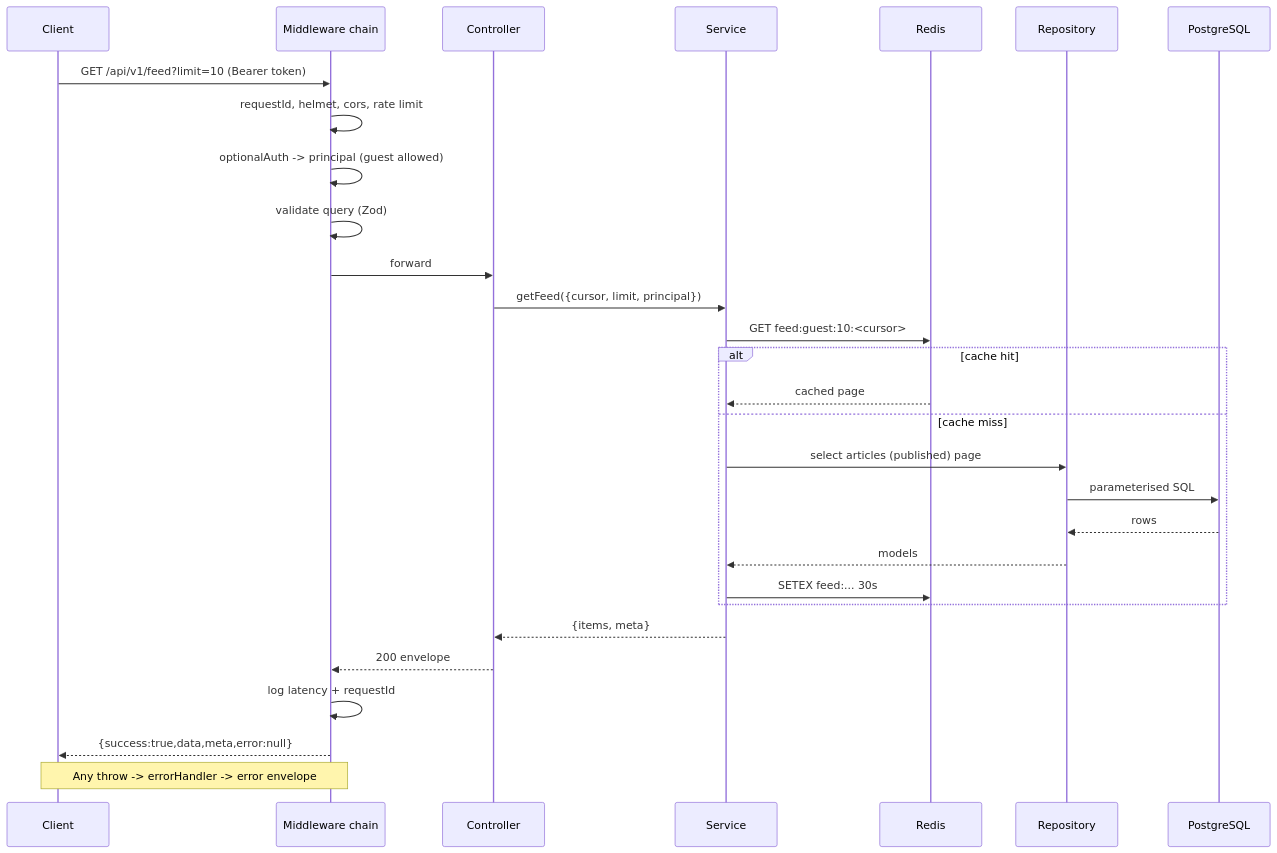
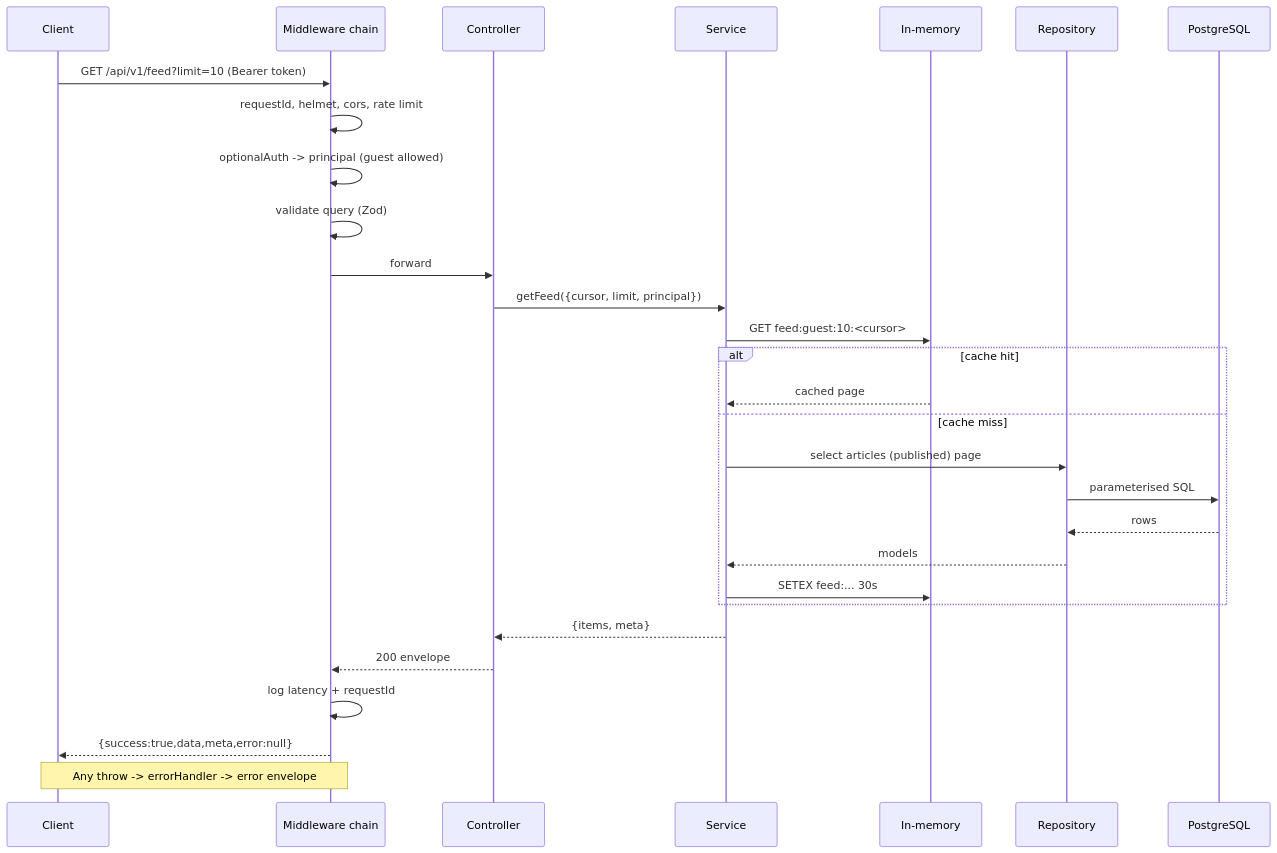
One commit to jeerupraveen04/Newswatchrequirement changed the third of 9 diagrams in docs/architecture/03-backend-architecture.md. Above: the diagram before and after it, drawn with Mermaid. The commit also changed other lines of this file and 64 other files, not shown here.

````diff
--- a/docs/architecture/03-backend-architecture.md
+++ b/docs/architecture/03-backend-architecture.md
@@ -283,31 +283,31 @@
 ```mermaid
 sequenceDiagram
   participant C as Client
   participant MW as Middleware chain
   participant Ctrl as Controller
   participant Svc as Service
-  participant Cache as Redis
+  participant Cache as In-memory
   participant Repo as Repository
   participant DB as PostgreSQL
   C->>MW: GET /api/v1/feed?limit=10 (Bearer token)
   MW->>MW: requestId, helmet, cors, rate limit
   MW->>MW: optionalAuth -> principal (guest allowed)
   MW->>MW: validate query (Zod)
   MW->>Ctrl: forward
   Ctrl->>Svc: getFeed({cursor, limit, principal})
   Svc->>Cache: GET feed:guest:10:<cursor>
   alt cache hit
     Cache-->>Svc: cached page
   else cache miss
     Svc->>Repo: select articles (published) page
     Repo->>DB: parameterised SQL
     DB-->>Repo: rows
     Repo-->>Svc: models
     Svc->>Cache: SETEX feed:... 30s
   end
   Svc-->>Ctrl: {items, meta}
   Ctrl-->>MW: 200 envelope
   MW->>MW: log latency + requestId
   MW-->>C: {success:true,data,meta,error:null}
   Note over MW,C: Any throw -> errorHandler -> error envelope
 ```
````
